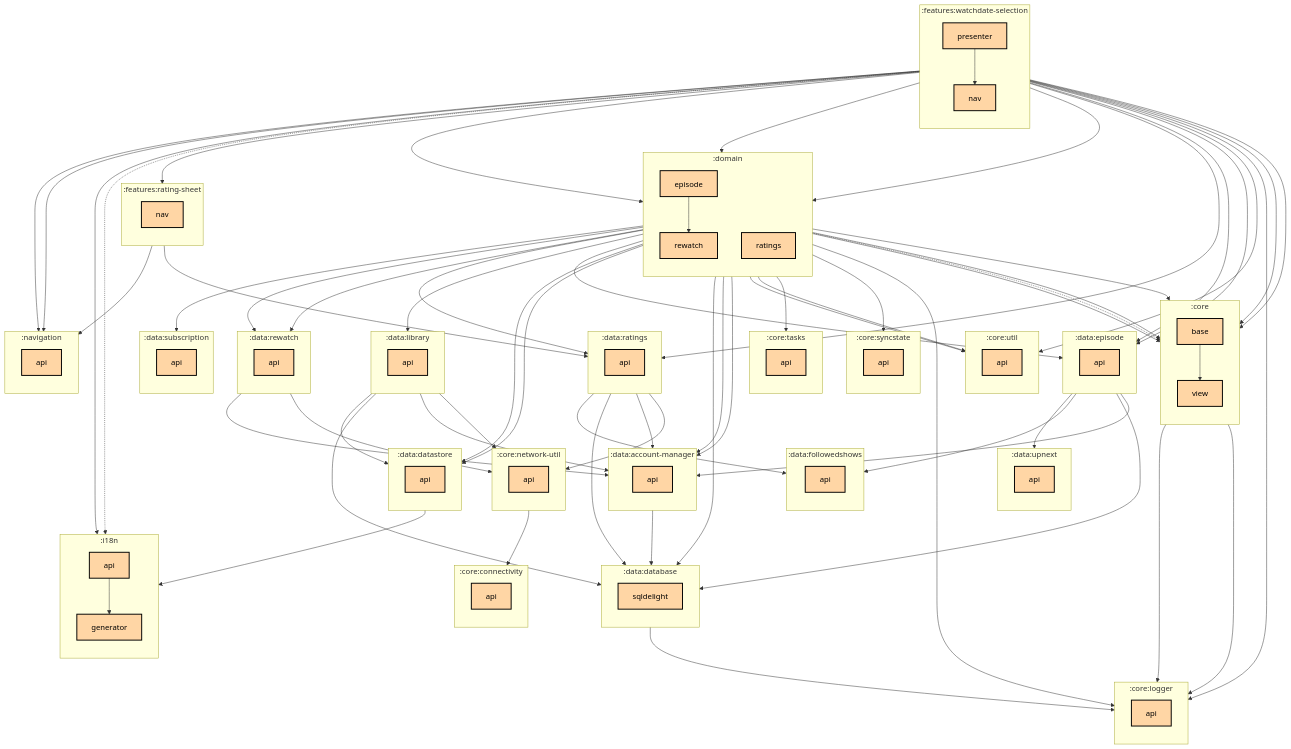
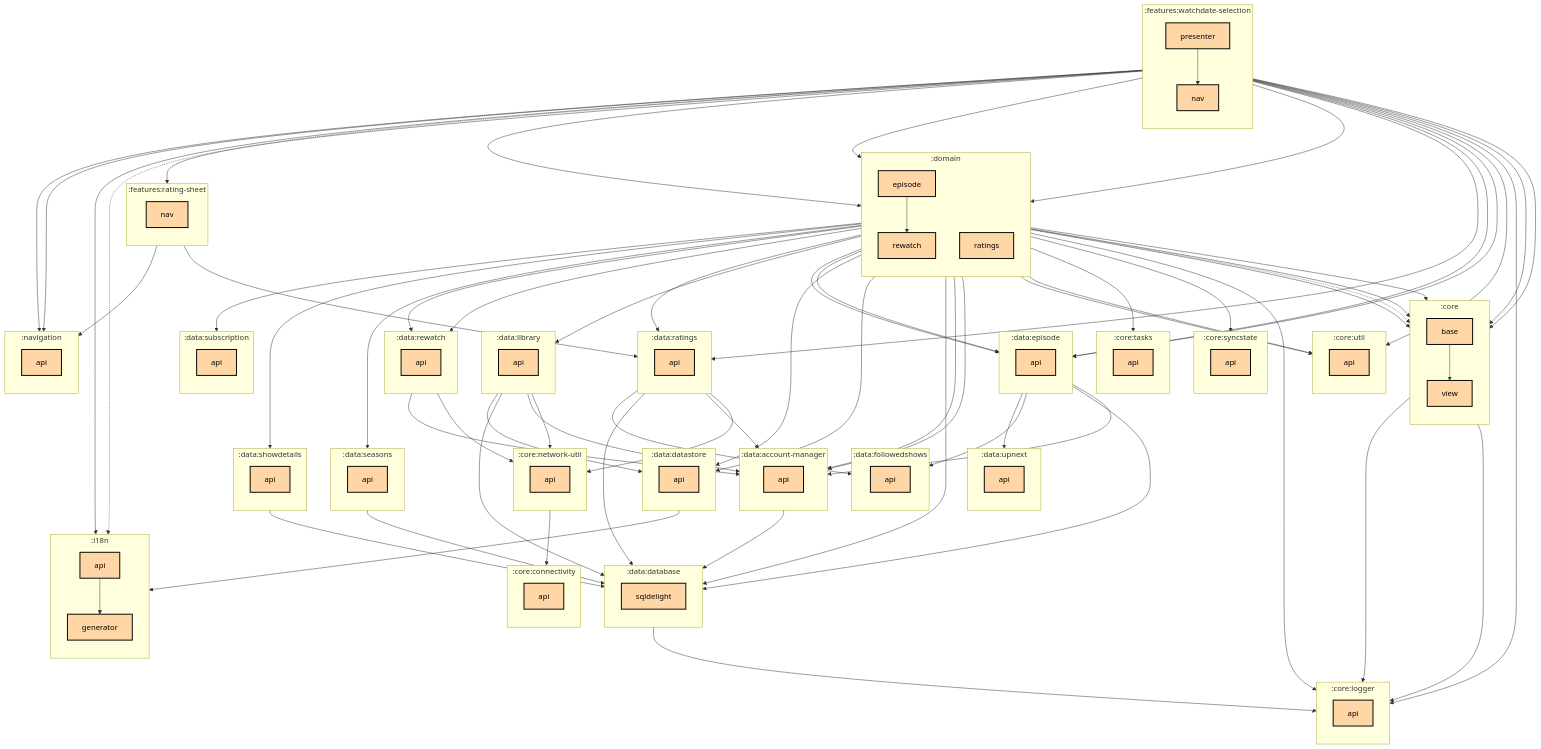
The first of 2 diagrams in features/watchdate-selection/presenter/README.md (thomaskioko/tv-maniac), drawn with Mermaid before and after one commit. The commit also changed 56 other files, not shown here.

```diff
--- a/features/watchdate-selection/presenter/README.md
+++ b/features/watchdate-selection/presenter/README.md
@@ -66,6 +66,14 @@
     direction TB
     :data:rewatch:api[api]:::multiplatform
   end
+  subgraph :data:seasons
+    direction TB
+    :data:seasons:api[api]:::multiplatform
+  end
+  subgraph :data:showdetails
+    direction TB
+    :data:showdetails:api[api]:::multiplatform
+  end
   subgraph :data:subscription
     direction TB
     :data:subscription:api[api]:::multiplatform
@@ -120,6 +128,8 @@
   :data:ratings:api --> :data:followedshows:api
   :data:rewatch:api --> :core:network-util:api
   :data:rewatch:api --> :data:account-manager:api
+  :data:seasons:api --> :data:database:sqldelight
+  :data:showdetails:api --> :data:database:sqldelight
   :domain:episode --> :core:base
   :domain:episode --> :core:logger:api
   :domain:episode --> :core:syncstate:api
@@ -135,7 +145,10 @@
   :domain:episode --> :domain:rewatch
   :domain:ratings --> :core:base
   :domain:ratings --> :data:datastore:api
+  :domain:ratings --> :data:episode:api
   :domain:ratings --> :data:ratings:api
+  :domain:ratings --> :data:seasons:api
+  :domain:ratings --> :data:showdetails:api
   :domain:ratings --> :data:subscription:api
   :domain:rewatch --> :core:base
   :domain:rewatch --> :core:util:api
```
